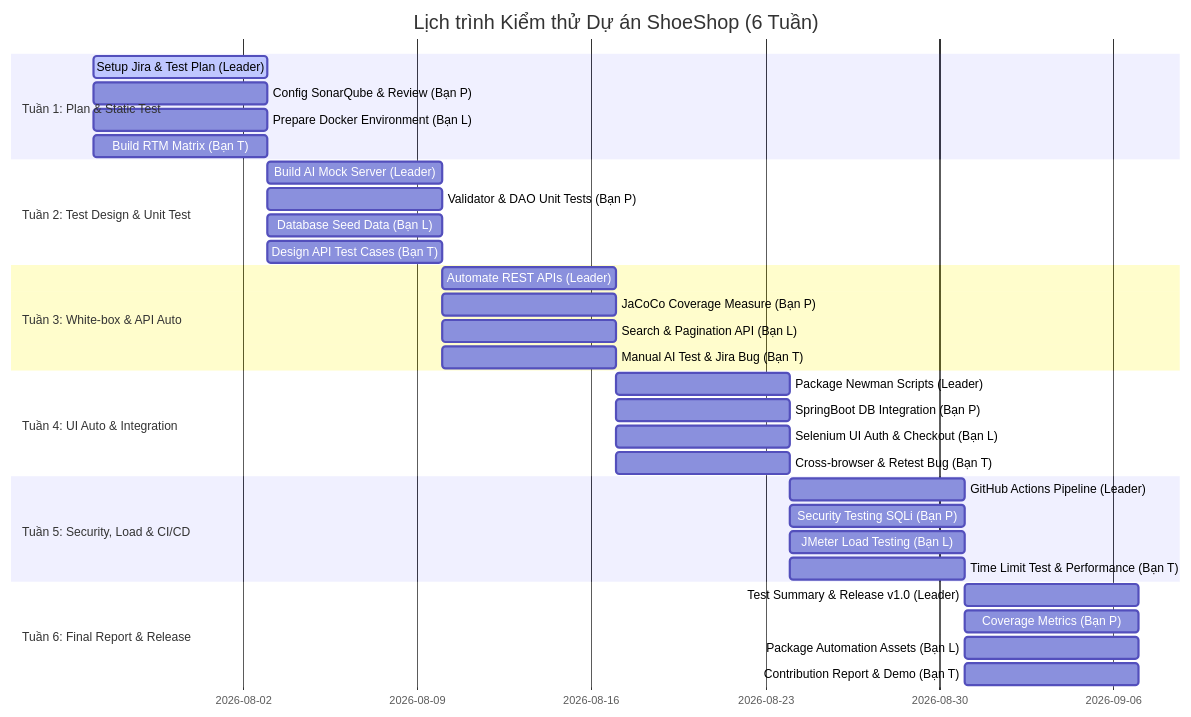
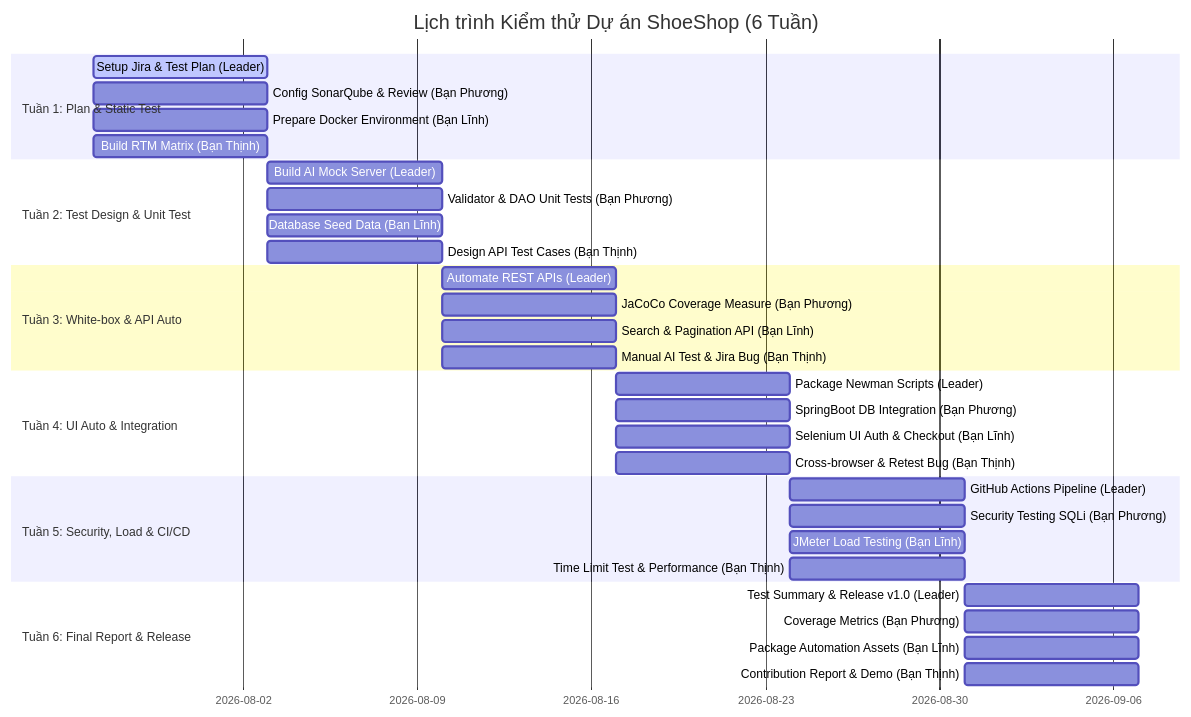
One commit to truongduoc1512/Testing changed the second of 2 diagrams in docs/TEST_PLAN.md. Above: the diagram before and after it, drawn with Mermaid. The commit also changed other lines of this file, not shown here.

Commit message:
TEST-2: Update team member full names in Test Plan

````diff
--- a/docs/TEST_PLAN.md
+++ b/docs/TEST_PLAN.md
@@ -133,40 +133,40 @@
 ```mermaid
 gantt
     title Lịch trình Kiểm thử Dự án ShoeShop (6 Tuần)
     dateFormat  YYYY-MM-DD
     section Tuần 1: Plan & Static Test
     Setup Jira & Test Plan (Leader)        :active, w1_1, 2026-07-27, 7d
-    Config SonarQube & Review (Bạn P)      :w1_2, 2026-07-27, 7d
-    Prepare Docker Environment (Bạn L)     :w1_3, 2026-07-27, 7d
-    Build RTM Matrix (Bạn T)               :w1_4, 2026-07-27, 7d
+    Config SonarQube & Review (Bạn Phương)      :w1_2, 2026-07-27, 7d
+    Prepare Docker Environment (Bạn Lĩnh)     :w1_3, 2026-07-27, 7d
+    Build RTM Matrix (Bạn Thịnh)               :w1_4, 2026-07-27, 7d
 
     section Tuần 2: Test Design & Unit Test
     Build AI Mock Server (Leader)          :w2_1, 2026-08-03, 7d
-    Validator & DAO Unit Tests (Bạn P)     :w2_2, 2026-08-03, 7d
-    Database Seed Data (Bạn L)            :w2_3, 2026-08-03, 7d
-    Design API Test Cases (Bạn T)          :w2_4, 2026-08-03, 7d
+    Validator & DAO Unit Tests (Bạn Phương)     :w2_2, 2026-08-03, 7d
+    Database Seed Data (Bạn Lĩnh)            :w2_3, 2026-08-03, 7d
+    Design API Test Cases (Bạn Thịnh)          :w2_4, 2026-08-03, 7d
 
     section Tuần 3: White-box & API Auto
     Automate REST APIs (Leader)            :w3_1, 2026-08-10, 7d
-    JaCoCo Coverage Measure (Bạn P)        :w3_2, 2026-08-10, 7d
-    Search & Pagination API (Bạn L)        :w3_3, 2026-08-10, 7d
-    Manual AI Test & Jira Bug (Bạn T)      :w3_4, 2026-08-10, 7d
+    JaCoCo Coverage Measure (Bạn Phương)        :w3_2, 2026-08-10, 7d
+    Search & Pagination API (Bạn Lĩnh)        :w3_3, 2026-08-10, 7d
+    Manual AI Test & Jira Bug (Bạn Thịnh)      :w3_4, 2026-08-10, 7d
 
     section Tuần 4: UI Auto & Integration
     Package Newman Scripts (Leader)        :w4_1, 2026-08-17, 7d
-    SpringBoot DB Integration (Bạn P)      :w4_2, 2026-08-17, 7d
-    Selenium UI Auth & Checkout (Bạn L)    :w4_3, 2026-08-17, 7d
-    Cross-browser & Retest Bug (Bạn T)     :w4_4, 2026-08-17, 7d
+    SpringBoot DB Integration (Bạn Phương)     :w4_2, 2026-08-17, 7d
+    Selenium UI Auth & Checkout (Bạn Lĩnh)    :w4_3, 2026-08-17, 7d
+    Cross-browser & Retest Bug (Bạn Thịnh)     :w4_4, 2026-08-17, 7d
 
     section Tuần 5: Security, Load & CI/CD
     GitHub Actions Pipeline (Leader)       :w5_1, 2026-08-24, 7d
-    Security Testing SQLi (Bạn P)          :w5_2, 2026-08-24, 7d
-    JMeter Load Testing (Bạn L)            :w5_3, 2026-08-24, 7d
-    Time Limit Test & Performance (Bạn T)  :w5_4, 2026-08-24, 7d
+    Security Testing SQLi (Bạn Phương)          :w5_2, 2026-08-24, 7d
+    JMeter Load Testing (Bạn Lĩnh)            :w5_3, 2026-08-24, 7d
+    Time Limit Test & Performance (Bạn Thịnh)  :w5_4, 2026-08-24, 7d
 
     section Tuần 6: Final Report & Release
     Test Summary & Release v1.0 (Leader)   :w6_1, 2026-08-31, 7d
-    Coverage Metrics (Bạn P)               :w6_2, 2026-08-31, 7d
-    Package Automation Assets (Bạn L)      :w6_3, 2026-08-31, 7d
-    Contribution Report & Demo (Bạn T)     :w6_4, 2026-08-31, 7d
+    Coverage Metrics (Bạn Phương)              :w6_2, 2026-08-31, 7d
+    Package Automation Assets (Bạn Lĩnh)      :w6_3, 2026-08-31, 7d
+    Contribution Report & Demo (Bạn Thịnh)     :w6_4, 2026-08-31, 7d
 ```
````
